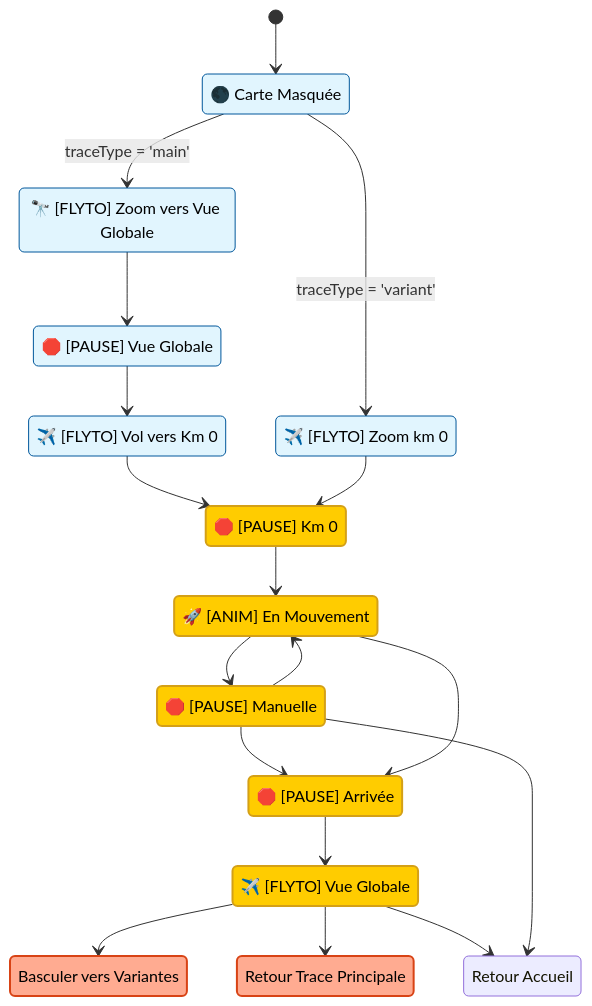
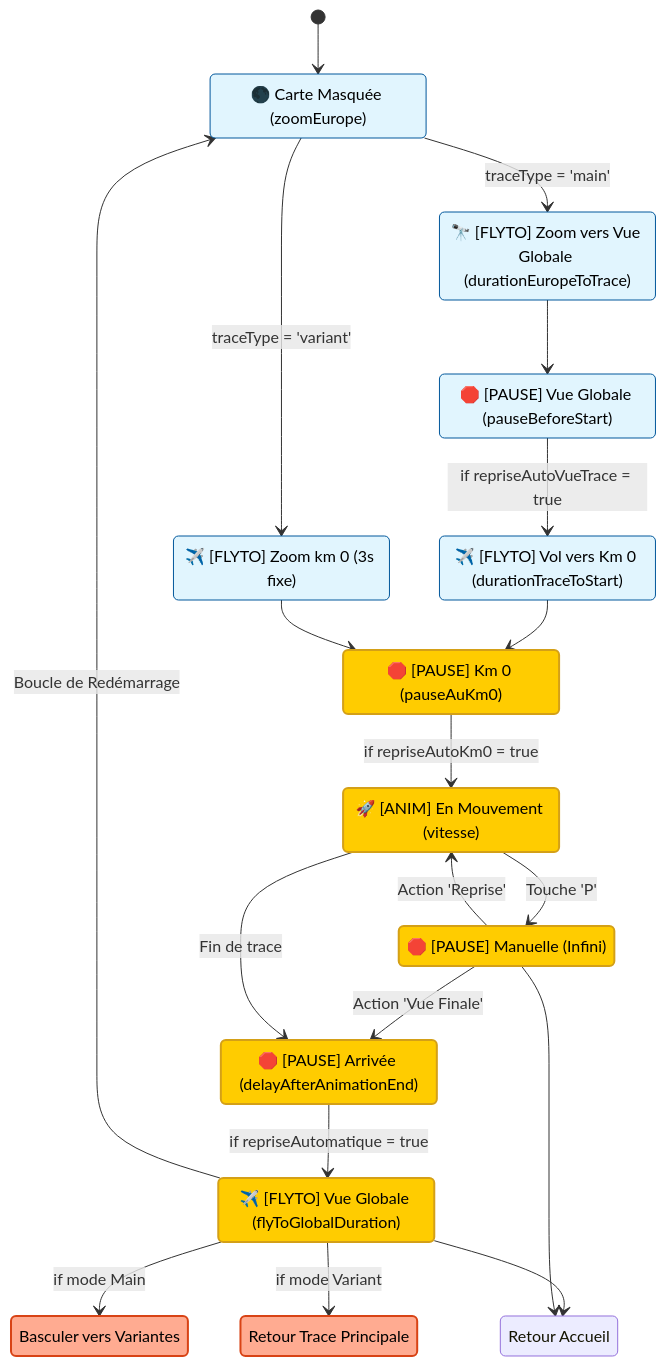
The diagram in documentation/animation_automate.md (JMBaubet/VisuGPS), drawn with Mermaid before and after one commit. The commit also changed 3 other files, not shown here.

````diff
--- a/documentation/animation_automate.md
+++ b/documentation/animation_automate.md
@@ -11,51 +11,52 @@
 ```mermaid
 stateDiagram-v2
     classDef common fill:#ffcc00,stroke:#d4a017,stroke-width:2px,color:black;
     classDef entry fill:#e1f5fe,stroke:#01579b,color:black;
     classDef bridge fill:#ffab91,stroke:#d84315,stroke-width:2px,color:black;
 
     [*] --> Init
     
-    Init: 🌑 Carte Masquée
-    Vol_Zoom: 🔭 [FLYTO] Zoom vers Vue Globale
-    Pause_Globale: 🛑 [PAUSE] Vue Globale
-    Vol_Km0_STD: ✈️ [FLYTO] Vol vers Km 0
-    Vol_Direct: ✈️ [FLYTO] Zoom km 0
+    Init: 🌑 Carte Masquée (zoomEurope)
+    Vol_Zoom: 🔭 [FLYTO] Zoom vers Vue Globale (durationEuropeToTrace)
+    Pause_Globale: 🛑 [PAUSE] Vue Globale (pauseBeforeStart)
+    Vol_Km0_STD: ✈️ [FLYTO] Vol vers Km 0 (durationTraceToStart)
+    Vol_Direct: ✈️ [FLYTO] Zoom km 0 (3s fixe)
     
-    Km0: 🛑 [PAUSE] Km 0
-    Anim: 🚀 [ANIM] En Mouvement
-    Pause: 🛑 [PAUSE] Manuelle
+    Km0: 🛑 [PAUSE] Km 0 (pauseAuKm0)
+    Anim: 🚀 [ANIM] En Mouvement (vitesse)
+    Pause: 🛑 [PAUSE] Manuelle (Infini)
     
-    Arrivee: 🛑 [PAUSE] Arrivée
-    Vol_Final: ✈️ [FLYTO] Vue Globale
+    Arrivee: 🛑 [PAUSE] Arrivée (delayAfterAnimationEnd)
+    Vol_Final: ✈️ [FLYTO] Vue Globale (flyToGlobalDuration)
 
     Init --> Vol_Zoom: traceType = 'main'
     Init --> Vol_Direct: traceType = 'variant'
     
     Vol_Zoom --> Pause_Globale
-    Pause_Globale --> Vol_Km0_STD
+    Pause_Globale --> Vol_Km0_STD: if repriseAutoVueTrace = true
     Vol_Km0_STD --> Km0
     Vol_Direct --> Km0
     
-    Km0 --> Anim
-    Anim --> Pause
-    Pause --> Anim
-    Pause --> Arrivee
-    Anim --> Arrivee
+    Km0 --> Anim: if repriseAutoKm0 = true
+    Anim --> Pause: Touche 'P'
+    Pause --> Anim: Action 'Reprise'
+    Pause --> Arrivee: Action 'Vue Finale'
+    Anim --> Arrivee: Fin de trace
     
-    Arrivee --> Vol_Final
+    Arrivee --> Vol_Final: if repriseAutomatique = true
+    Vol_Final --> Init: Boucle de Redémarrage
 
     %% Boutons et Navigation Finale
     GoHome: Retour Accueil
     ToVariant: Basculer vers Variantes
     ToMain: Retour Trace Principale
 
-    Vol_Final --> ToVariant
-    Vol_Final --> ToMain
+    Vol_Final --> ToVariant: if mode Main
+    Vol_Final --> ToMain: if mode Variant
     Vol_Final --> GoHome
     Pause --> GoHome
 
     class Km0,Anim,Pause,Arrivee,Vol_Final common
     class Init,Vol_Zoom,Pause_Globale,Vol_Km0_STD,Vol_Direct entry
     class ToVariant,ToMain bridge
 ```
````
